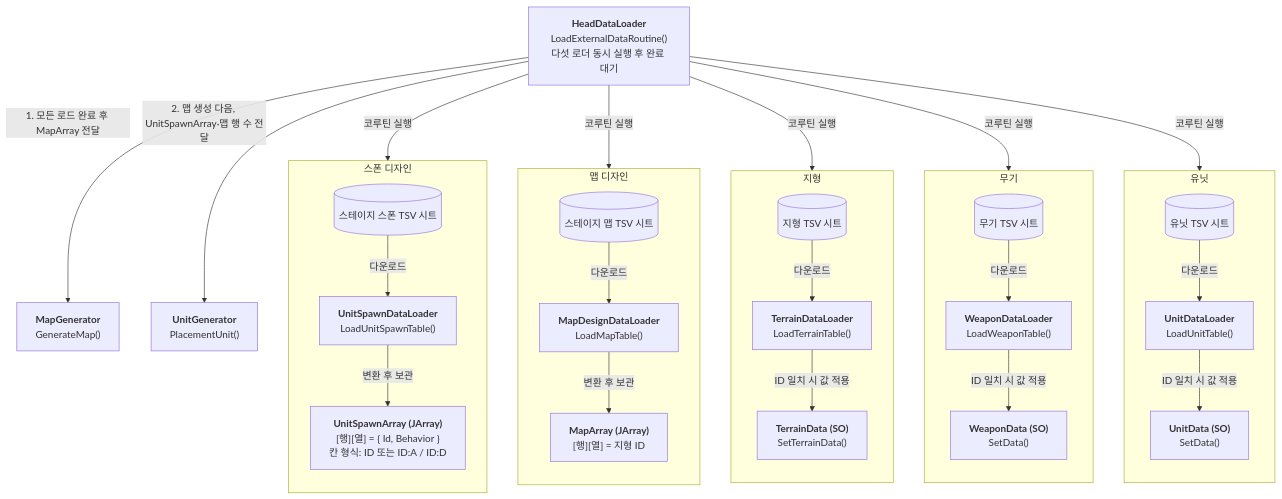
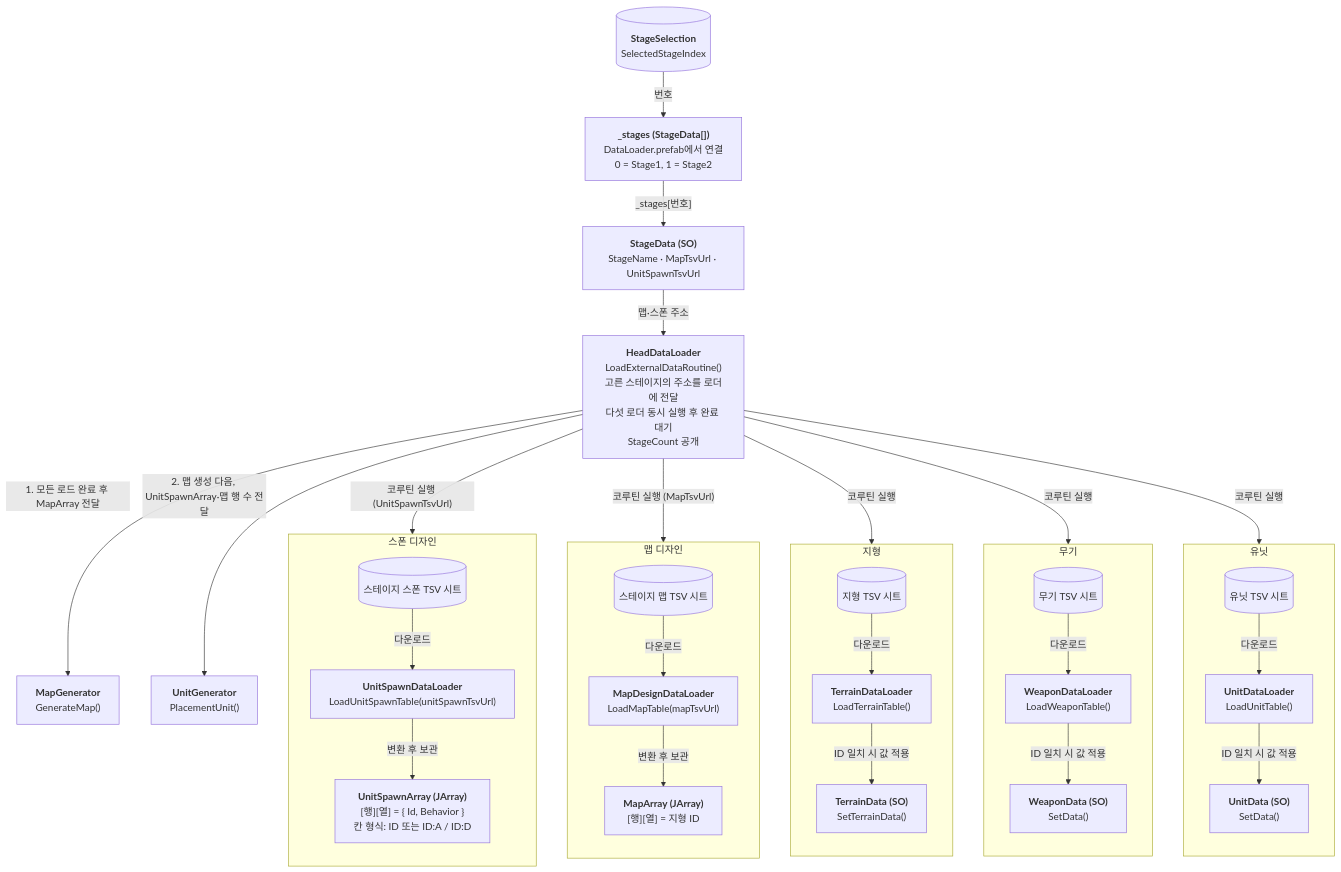
The second of 33 diagrams in Docs/ImplementDocs/Diagram.md (jayy5288sk/PersonalProject), drawn with Mermaid before and after one commit. The commit also changed other lines of this file and 1 other file, not shown here.

Commit message:
[Docs] 기술 문서 및 다이어그램 작성

````diff
--- a/Docs/ImplementDocs/Diagram.md
+++ b/Docs/ImplementDocs/Diagram.md
@@ -8,60 +46,67 @@
 ```mermaid
 flowchart TB
-    Head["<b>HeadDataLoader</b><br/>LoadExternalDataRoutine()<br/>다섯 로더 동시 실행 후 완료 대기"]
+    Sel[("<b>StageSelection</b><br/>SelectedStageIndex")]
+    Stages["<b>_stages (StageData[])</b><br/>DataLoader.prefab에서 연결<br/>0 = Stage1, 1 = Stage2"]
+    Stage["<b>StageData (SO)</b><br/>StageName · MapTsvUrl · UnitSpawnTsvUrl"]
+    Head["<b>HeadDataLoader</b><br/>LoadExternalDataRoutine()<br/>고른 스테이지의 주소를 로더에 전달<br/>다섯 로더 동시 실행 후 완료 대기<br/>StageCount 공개"]
+
+    Sel -->|번호| Stages
+    Stages -->|"_stages[번호]"| Stage
+    Stage -->|맵·스폰 주소| Head
 
     subgraph Unit["유닛"]
         direction TB
         UnitSheet[("유닛 TSV 시트")]
         UnitLoader["<b>UnitDataLoader</b><br/>LoadUnitTable()"]
         UnitSO["<b>UnitData (SO)</b><br/>SetData()"]
         UnitSheet -->|다운로드| UnitLoader
         UnitLoader -->|ID 일치 시 값 적용| UnitSO
     end
 
     subgraph Weapon["무기"]
         direction TB
         WeaponSheet[("무기 TSV 시트")]
         WeaponLoader["<b>WeaponDataLoader</b><br/>LoadWeaponTable()"]
         WeaponSO["<b>WeaponData (SO)</b><br/>SetData()"]
         WeaponSheet -->|다운로드| WeaponLoader
         WeaponLoader -->|ID 일치 시 값 적용| WeaponSO
     end
 
     subgraph Terrain["지형"]
         direction TB
         TerrainSheet[("지형 TSV 시트")]
         TerrainLoader["<b>TerrainDataLoader</b><br/>LoadTerrainTable()"]
         TerrainSO["<b>TerrainData (SO)</b><br/>SetTerrainData()"]
         TerrainSheet -->|다운로드| TerrainLoader
         TerrainLoader -->|ID 일치 시 값 적용| TerrainSO
     end
 
     subgraph Map["맵 디자인"]
         direction TB
         MapSheet[("스테이지 맵 TSV 시트")]
-        MapLoader["<b>MapDesignDataLoader</b><br/>LoadMapTable()"]
+        MapLoader["<b>MapDesignDataLoader</b><br/>LoadMapTable(mapTsvUrl)"]
         MapArray["<b>MapArray (JArray)</b><br/>[행][열] = 지형 ID"]
         MapSheet -->|다운로드| MapLoader
         MapLoader -->|변환 후 보관| MapArray
     end
 
     subgraph Spawn["스폰 디자인"]
         direction TB
         SpawnSheet[("스테이지 스폰 TSV 시트")]
-        SpawnLoader["<b>UnitSpawnDataLoader</b><br/>LoadUnitSpawnTable()"]
+        SpawnLoader["<b>UnitSpawnDataLoader</b><br/>LoadUnitSpawnTable(unitSpawnTsvUrl)"]
         SpawnArray["<b>UnitSpawnArray (JArray)</b><br/>[행][열] = { Id, Behavior }<br/>칸 형식: ID 또는 ID:A / ID:D"]
         SpawnSheet -->|다운로드| SpawnLoader
         SpawnLoader -->|변환 후 보관| SpawnArray
     end
 
     Generator["<b>MapGenerator</b><br/>GenerateMap()"]
     UnitGen["<b>UnitGenerator</b><br/>PlacementUnit()"]
 
     Head -->|코루틴 실행| UnitLoader
     Head -->|코루틴 실행| WeaponLoader
     Head -->|코루틴 실행| TerrainLoader
-    Head -->|코루틴 실행| MapLoader
-    Head -->|코루틴 실행| SpawnLoader
+    Head -->|"코루틴 실행 (MapTsvUrl)"| MapLoader
+    Head -->|"코루틴 실행 (UnitSpawnTsvUrl)"| SpawnLoader
     Head -->|1. 모든 로드 완료 후 MapArray 전달| Generator
     Head -->|2. 맵 생성 다음, UnitSpawnArray·맵 행 수 전달| UnitGen
 ```
````
